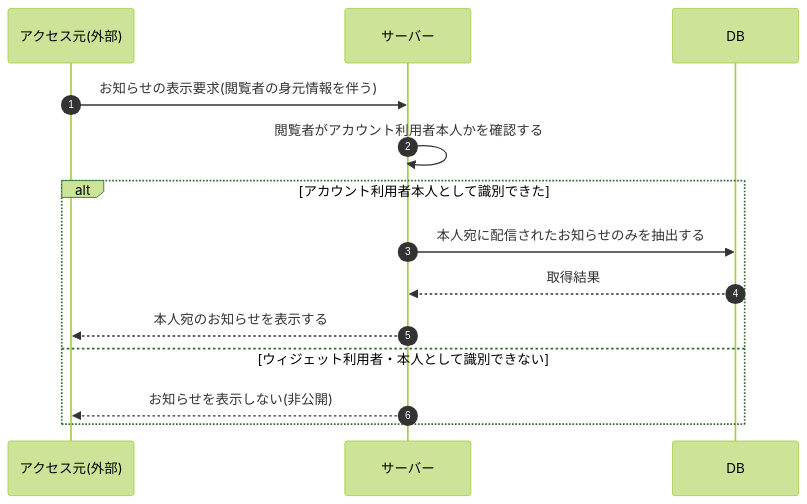
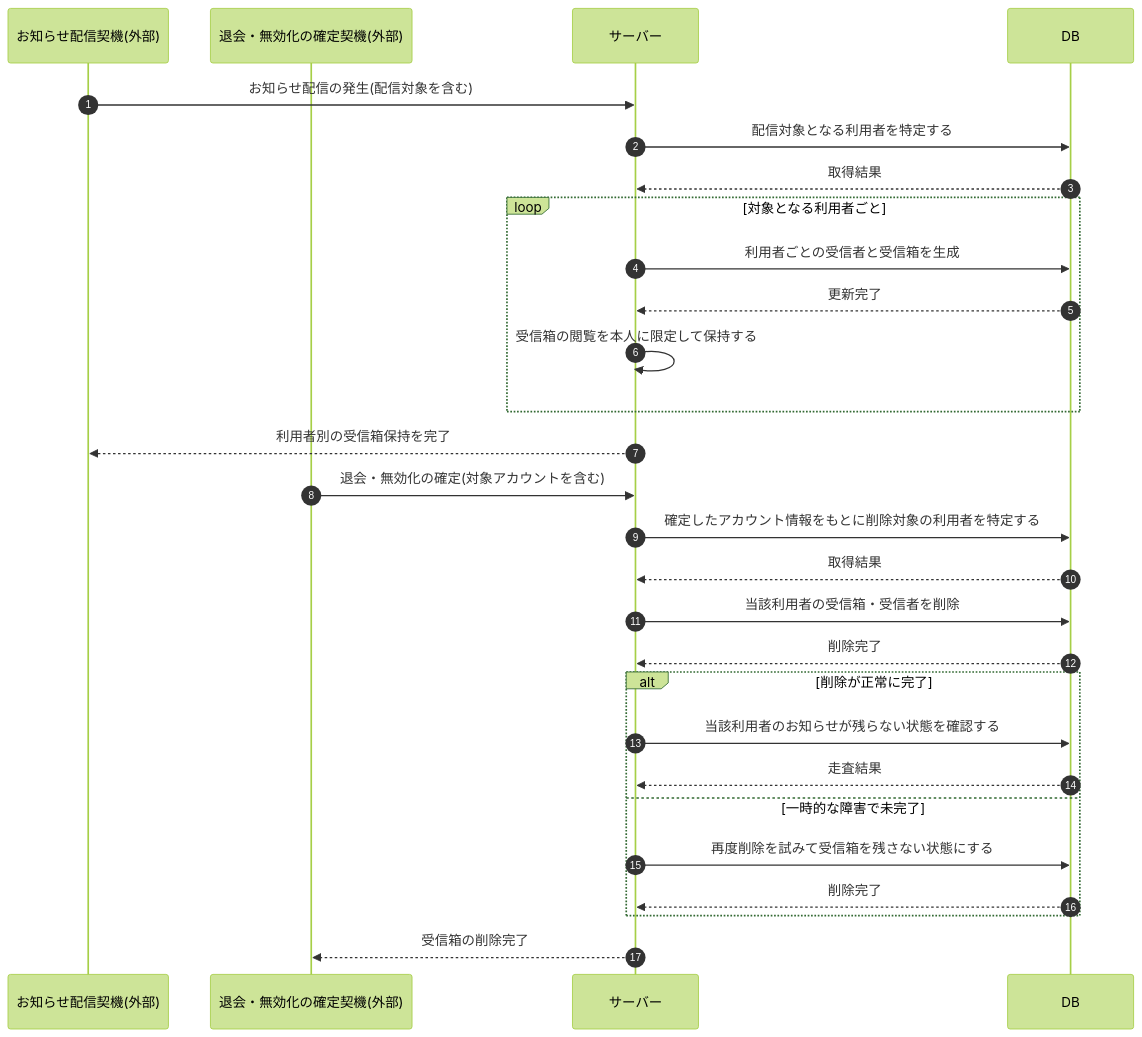
Before and after one commit to sikakou54/open-faq: the diagram in 02_basic_design/03_sequences/SEQ-116.md, drawn with Mermaid (forest theme). The commit also changed other lines of this file and 99 other files, not shown here.

````diff
--- a/02_basic_design/03_sequences/SEQ-116.md
+++ b/02_basic_design/03_sequences/SEQ-116.md
@@ -25,16 +25,32 @@
 ```mermaid
 sequenceDiagram
   autonumber
-  participant REQ as アクセス元(外部)
+  participant DLV as お知らせ配信契機(外部)
+  participant ACC as 退会・無効化の確定契機(外部)
   participant Server as サーバー
   participant DB as DB
-  REQ->>Server: お知らせの表示要求(閲覧者の身元情報を伴う)
-  Server->>Server: 閲覧者がアカウント利用者本人かを確認する
-  alt アカウント利用者本人として識別できた
-    Server->>DB: 本人宛に配信されたお知らせのみを抽出する
-    DB-->>Server: 取得結果
-    Server-->>REQ: 本人宛のお知らせを表示する
-  else ウィジェット利用者・本人として識別できない
-    Server-->>REQ: お知らせを表示しない(非公開)
+
+  DLV->>Server: お知らせ配信の発生(配信対象を含む)
+  Server->>DB: 配信対象となる利用者を特定する
+  DB-->>Server: 取得結果
+  loop 対象となる利用者ごと
+    Server->>DB: 利用者ごとの受信者と受信箱を生成
+    DB-->>Server: 更新完了
+    Server->>Server: 受信箱の閲覧を本人に限定して保持する
   end
+  Server-->>DLV: 利用者別の受信箱保持を完了
+
+  ACC->>Server: 退会・無効化の確定(対象アカウントを含む)
+  Server->>DB: 確定したアカウント情報をもとに削除対象の利用者を特定する
+  DB-->>Server: 取得結果
+  Server->>DB: 当該利用者の受信箱・受信者を削除
+  DB-->>Server: 削除完了
+  alt 削除が正常に完了
+    Server->>DB: 当該利用者のお知らせが残らない状態を確認する
+    DB-->>Server: 走査結果
+  else 一時的な障害で未完了
+    Server->>DB: 再度削除を試みて受信箱を残さない状態にする
+    DB-->>Server: 削除完了
+  end
+  Server-->>ACC: 受信箱の削除完了
 ```
````
